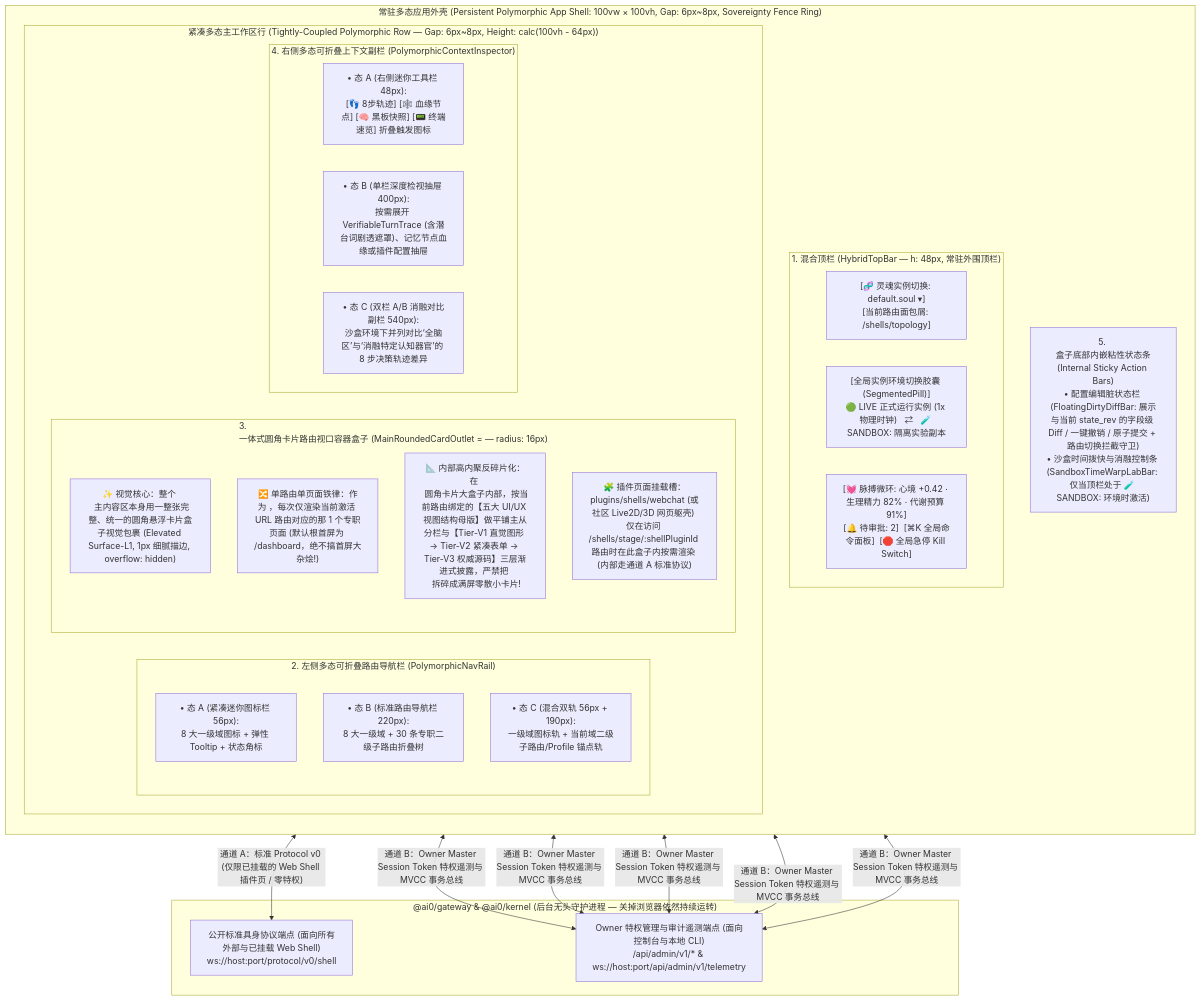
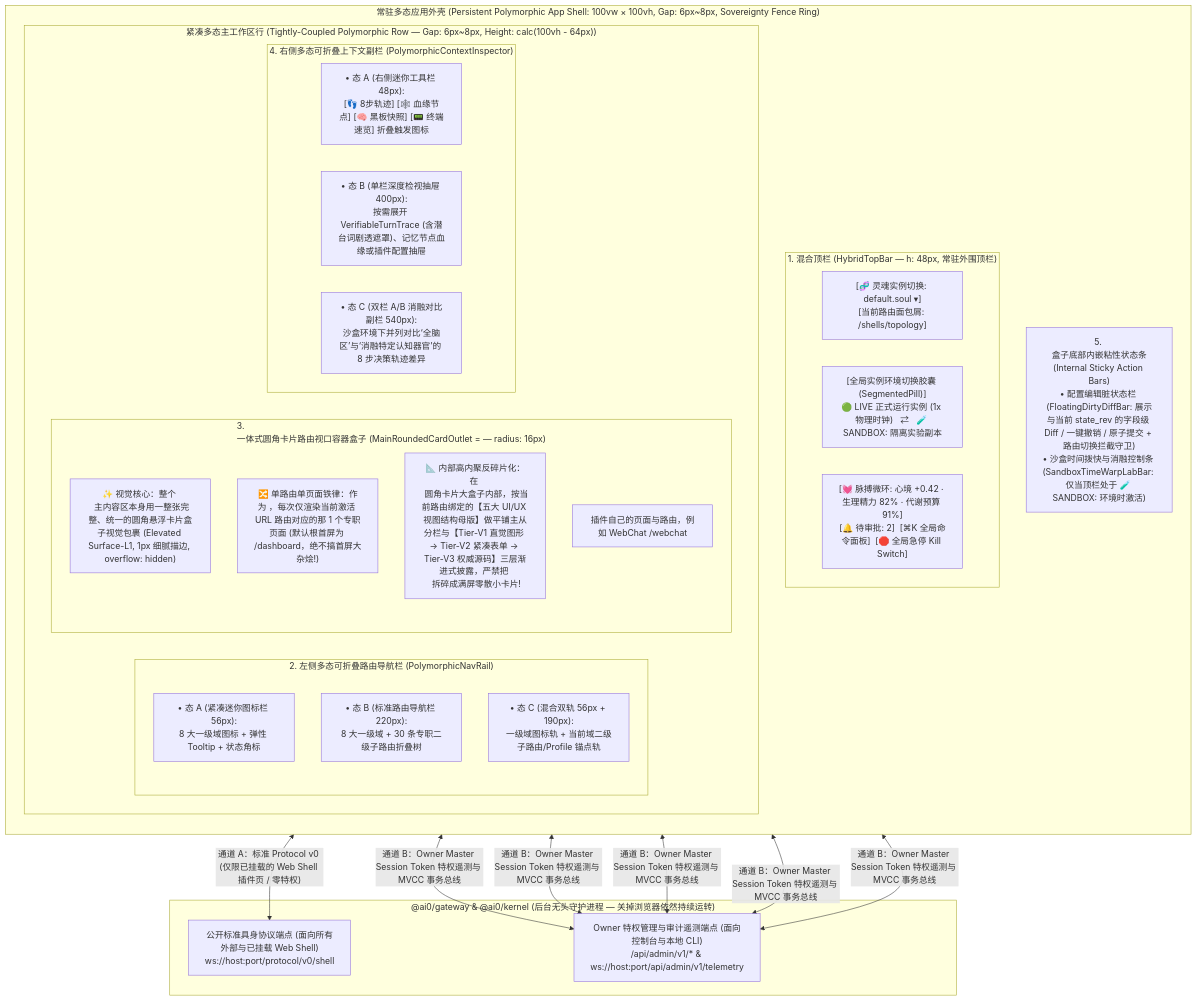
The first of 2 diagrams in docs/architecture/06-webui-console-and-observability-arch.md (reina0721/ai0), drawn with Mermaid before and after one commit. The commit also changed other lines of this file and 78 other files, not shown here.

````diff
--- a/docs/architecture/06-webui-console-and-observability-arch.md
+++ b/docs/architecture/06-webui-console-and-observability-arch.md
@@ -49,47 +49,47 @@
 ```mermaid
 flowchart TB
     subgraph Viewport["常驻多态应用外壳 (Persistent Polymorphic App Shell: 100vw × 100vh, Gap: 6px~8px, Sovereignty Fence Ring)"]
         direction TB
 
         subgraph TopBar["1. 混合顶栏 (HybridTopBar — h: 48px, 常驻外围顶栏)"]
             direction LR
             T_Left["[🧬 灵魂实例切换: default.soul ▾]<br/>[当前路由面包屑: /shells/topology]"]
             T_Center["[全局实例环境切换胶囊 (SegmentedPill)]<br/>🟢 LIVE 正式运行实例 (1x 物理时钟)   ⇄   🧪 SANDBOX:<fork_id> 隔离实验副本"]
             T_Right["[💓 脉搏微环: 心境 +0.42 · 生理精力 82% · 代谢预算 91%]<br/>[🔔 待审批: 2]  [⌘K 全局命令面板]  [🛑 全局急停 Kill Switch]"]
         end
 
         subgraph WorkspaceRow["紧凑多态主工作区行 (Tightly-Coupled Polymorphic Row — Gap: 6px~8px, Height: calc(100vh - 64px))"]
             direction LR
 
             subgraph LeftRail["2. 左侧多态可折叠路由导航栏 (PolymorphicNavRail)"]
                 L_StateA["• 态 A (紧凑迷你图标栏 56px):<br/>8 大一级域图标 + 弹性 Tooltip + 状态角标"]
                 L_StateB["• 态 B (标准路由导航栏 220px):<br/>8 大一级域 + 30 条专职二级子路由折叠树"]
                 L_StateC["• 态 C (混合双轨 56px + 190px):<br/>一级域图标轨 + 当前域二级子路由/Profile 锚点轨"]
             end
 
             subgraph MainCardOutlet["3. <main> 一体式圆角卡片路由视口容器盒子 (MainRoundedCardOutlet = <RouterOutlet /> — radius: 16px)"]
                 direction TB
                 M_Rule1["✨ 视觉核心：整个 <main> 主内容区本身用一整张完整、统一的圆角悬浮卡片盒子视觉包裹 (Elevated Surface-L1, 1px 细腻描边, overflow: hidden)"]
                 M_Rule2["🔀 单路由单页面铁律：作为 <RouterOutlet />，每次仅渲染当前激活 URL 路由对应的那 1 个专职页面 (默认根首屏为 /dashboard，绝不搞首屏大杂烩!)"]
                 M_Rule3["📐 内部高内聚反碎片化：在 <main> 圆角卡片大盒子内部，按当前路由绑定的【五大 UI/UX 视图结构母版】做平铺主从分栏与【Tier-V1 直觉图形 → Tier-V2 紧凑表单 → Tier-V3 权威源码】三层渐进式披露，严禁把 <main> 拆碎成满屏零散小卡片!"]
-                M_Rule4["🧩 插件页面挂载槽：plugins/shells/webchat (或社区 Live2D/3D 网页躯壳) 仅在访问 /shells/stage/:shellPluginId 路由时在此盒子内按需渲染 (内部走通道 A 标准协议)"]
+                M_Rule4["插件自己的页面与路由，例如 WebChat /webchat"]
             end
 
             subgraph RightRail["4. 右侧多态可折叠上下文副栏 (PolymorphicContextInspector)"]
                 R_StateA["• 态 A (右侧迷你工具栏 48px):<br/>[👣 8步轨迹] [🕸️ 血缘节点] [🧠 黑板快照] [📟 终端速览] 折叠触发图标"]
                 R_StateB["• 态 B (单栏深度检视抽屉 400px):<br/>按需展开 VerifiableTurnTrace (含潜台词剧透遮罩)、记忆节点血缘或插件配置抽屉"]
                 R_StateC["• 态 C (双栏 A/B 消融对比副栏 540px):<br/>沙盒环境下并列对比‘全脑区’与‘消融特定认知器官’的 8 步决策轨迹差异"]
             end
         end
 
         BottomOverlay["5. <main> 盒子底部内嵌粘性状态条 (Internal Sticky Action Bars)<br/>• 配置编辑脏状态栏 (FloatingDirtyDiffBar: 展示与当前 state_rev 的字段级 Diff / 一键撤销 / 原子提交 + 路由切换拦截守卫)<br/>• 沙盒时间拨快与消融控制条 (SandboxTimeWarpLabBar: 仅当顶栏处于 🧪 SANDBOX:<fork_id> 环境时激活)"]
     end
 
     subgraph Backend["@ai0/gateway & @ai0/kernel (后台无头守护进程 — 关掉浏览器依然持续运转)"]
         PublicWS["公开标准具身协议端点 (面向所有外部与已挂载 Web Shell)<br/>ws://host:port/protocol/v0/shell"]
         AdminBus["Owner 特权管理与审计遥测端点 (面向控制台与本地 CLI)<br/>/api/admin/v1/* & ws://host:port/api/admin/v1/telemetry"]
     end
 
     M_Rule4 <-->|"通道 A：标准 Protocol v0 (仅限已挂载的 Web Shell 插件页 / 零特权)"| PublicWS
     TopBar & LeftRail & MainCardOutlet & RightRail & BottomOverlay <-->|"通道 B：Owner Master Session Token 特权遥测与 MVCC 事务总线"| AdminBus
 ```
````
